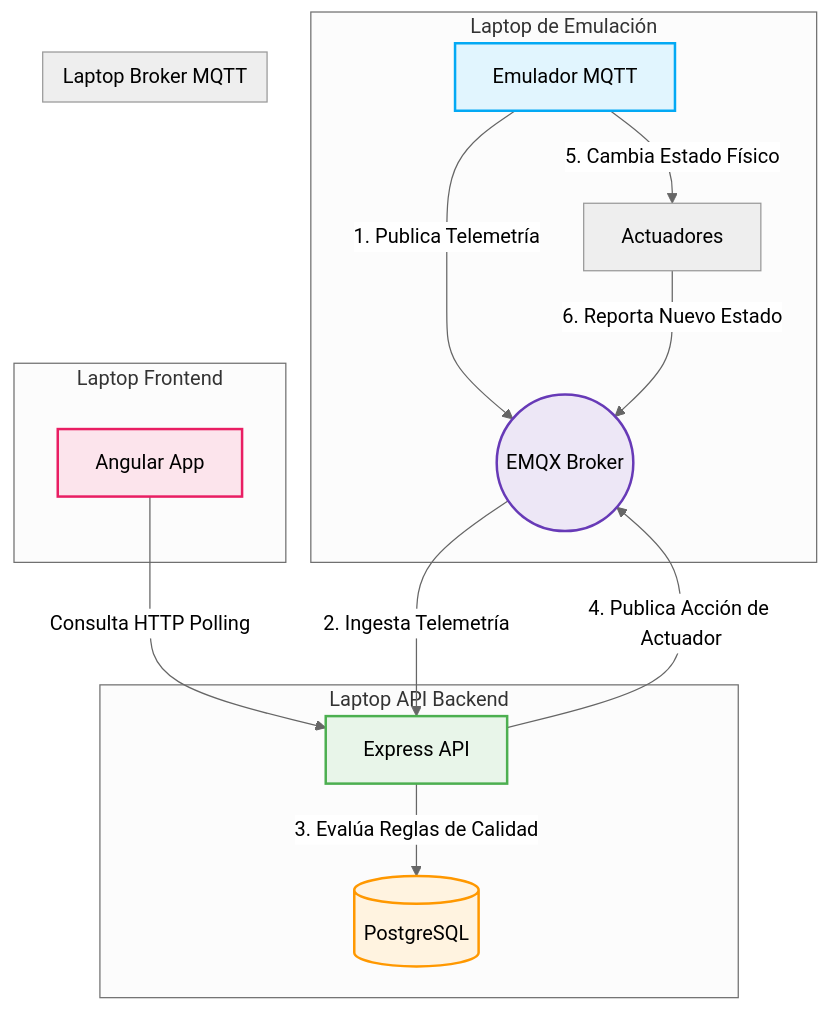
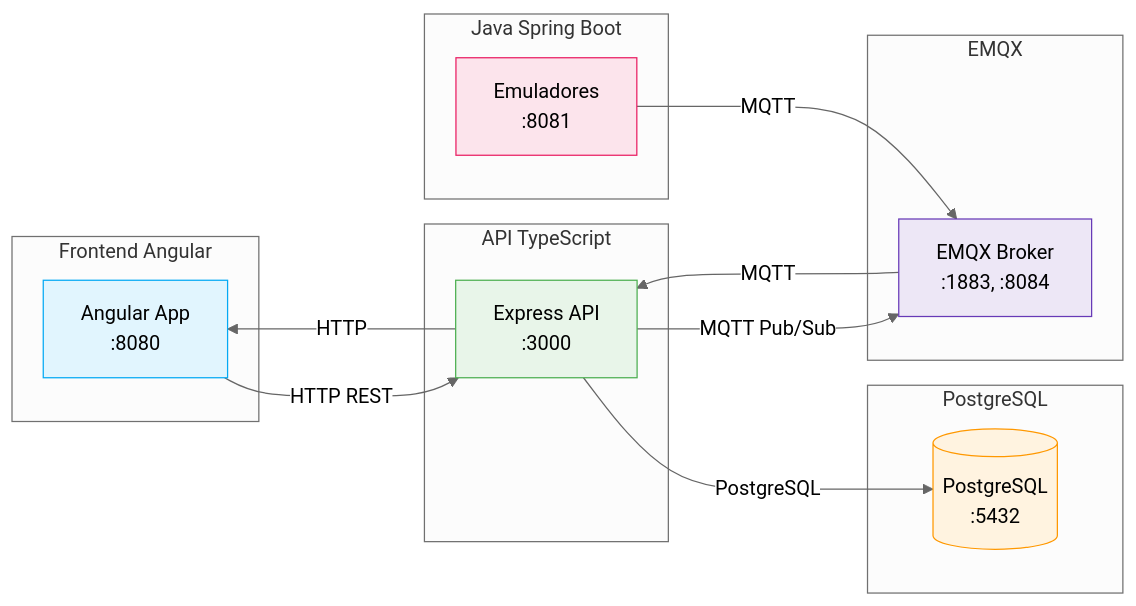
Before and after one commit to JeshuaBenitez/SafeAir: the diagram in README.md, drawn with Mermaid (neutral theme). The commit also changed other lines of this file and 1 other file, not shown here.

````diff
--- a/README.md
+++ b/README.md
@@ -15,28 +19,35 @@
 ```mermaid
-graph TD
-    subgraph Emulador [Laptop de Emulación]
-        E[Emulador MQTT] -->|1. Publica Telemetría| M_Broker
-        E -->|5. Cambia Estado Físico| A[Actuadores]
-        A -->|6. Reporta Nuevo Estado| M_Broker
+flowchart LR
+    subgraph Frontend [Frontend Angular]
+        FE[Angular App<br/>:8080] 
     end
 
-    subgraph Broker [Laptop Broker MQTT]
-        M_Broker((EMQX Broker))
+    subgraph Backend [API TypeScript]
+        API[Express API<br/>:3000]
     end
 
-    subgraph Backend [Laptop API Backend]
-        M_Broker -->|2. Ingesta Telemetría| API[Express API]
-        API -->|3. Evalúa Reglas de Calidad| DB[(PostgreSQL)]
-        API -->|4. Publica Acción de Actuador| M_Broker
+    subgraph Database [PostgreSQL]
+        DB[(PostgreSQL<br/>:5432)]
     end
 
-    subgraph UI [Laptop Frontend]
-        FE[Angular App] -->|Consulta HTTP Polling| API
+    subgraph Broker [EMQX]
+        MQ[EMQX Broker<br/>:1883, :8084]
     end
+
+    subgraph Emuladores [Java Spring Boot]
+        EM[Emuladores<br/>:8081]
+    end
+
+    FE -->|HTTP REST| API
+    API -->|PostgreSQL| DB
+    API -->|MQTT Pub/Sub| MQ
+    EM -->|MQTT| MQ
+    MQ -->|MQTT| API
+    API -->|HTTP| FE
     
-    style E fill:#e1f5fe,stroke:#03a9f4,stroke-width:2px
-    style M_Broker fill:#ede7f6,stroke:#673ab7,stroke-width:2px
-    style API fill:#e8f5e9,stroke:#4caf50,stroke-width:2px
-    style DB fill:#fff3e0,stroke:#ff9800,stroke-width:2px
-    style FE fill:#fce4ec,stroke:#e91e63,stroke-width:2px
+    style FE fill:#e1f5fe,stroke:#03a9f4
+    style API fill:#e8f5e9,stroke:#4caf50
+    style DB fill:#fff3e0,stroke:#ff9800
+    style MQ fill:#ede7f6,stroke:#673ab7
+    style EM fill:#fce4ec,stroke:#e91e63
 ```
````
